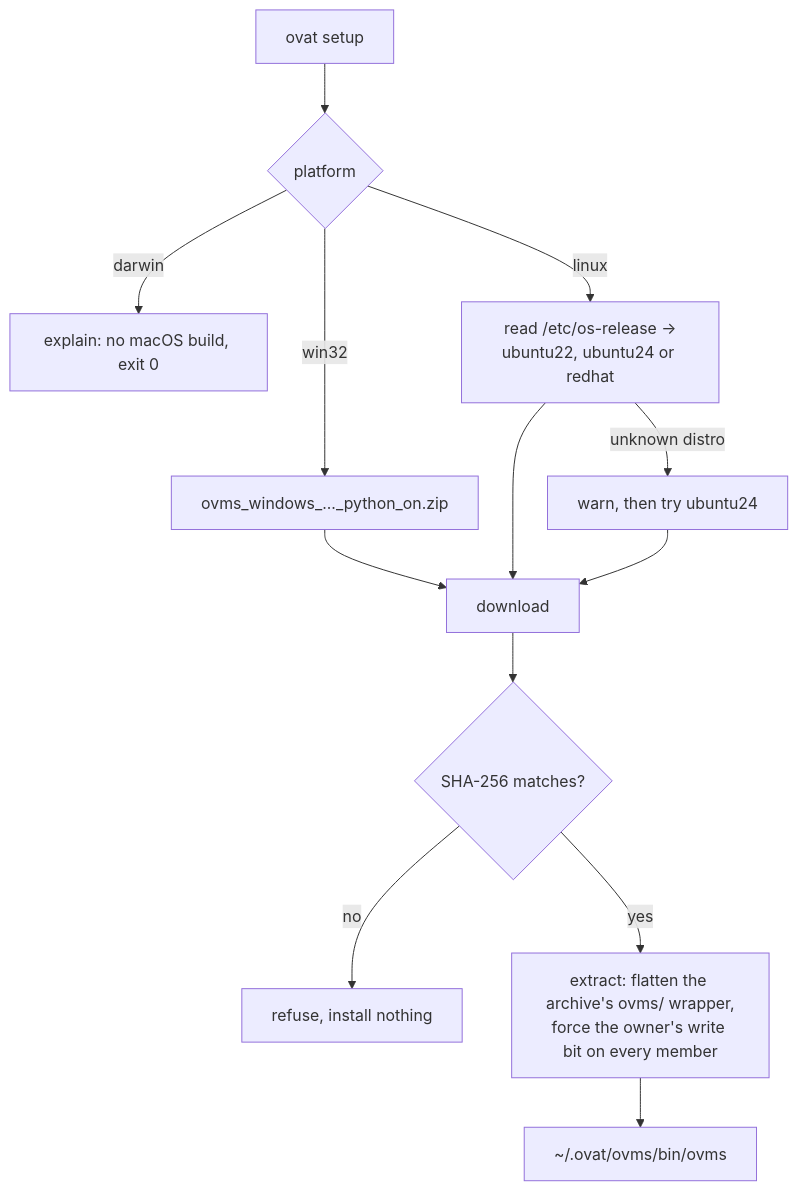
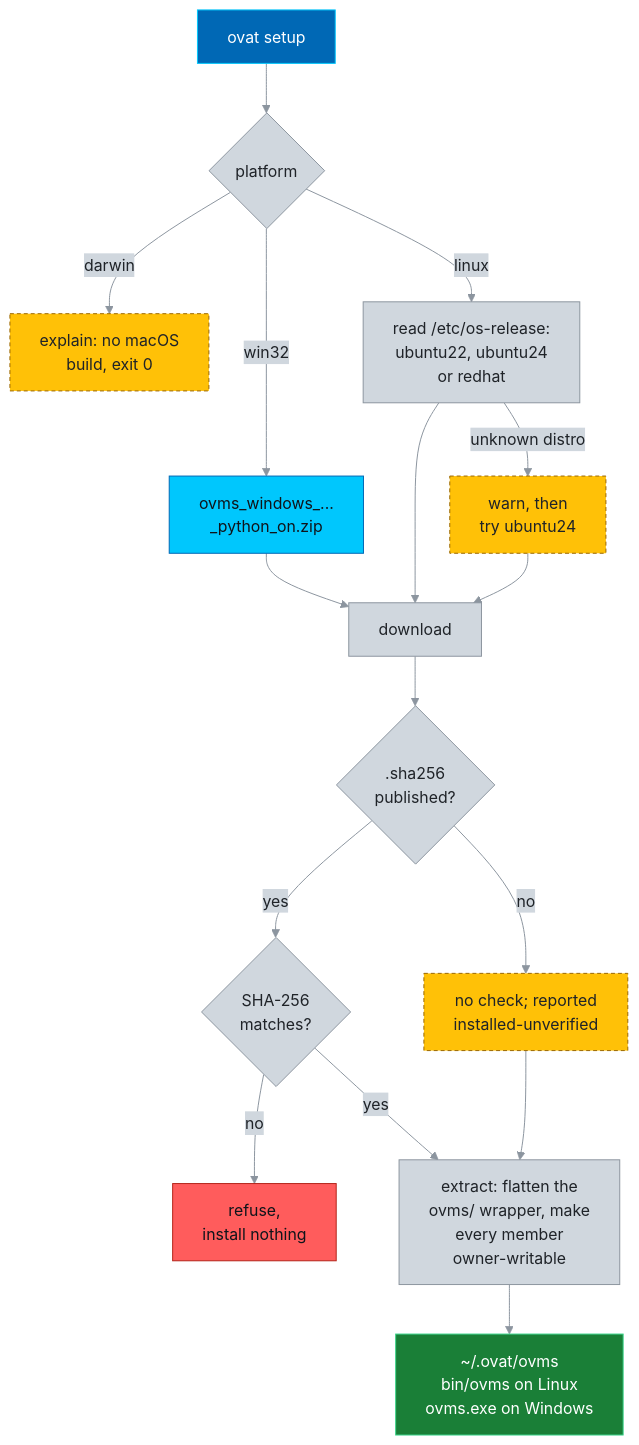
The sixth of 11 diagrams in docs/ARCHITECTURE.md (Lagmator22/ovat), drawn with Mermaid before and after one commit. The commit also changed other lines of this file and 1 other file, not shown here.

First line of the commit message:
docs: colour the Mermaid diagrams and fix labels that were cut off

````diff
--- a/docs/ARCHITECTURE.md
+++ b/docs/ARCHITECTURE.md
@@ -553,15 +610,32 @@
 ```mermaid
+%%{init: {"theme": "base", "themeVariables": {"primaryColor": "#D0D7DE", "primaryTextColor": "#1F2328", "primaryBorderColor": "#8C959F", "lineColor": "#8C959F", "textColor": "#1F2328", "edgeLabelBackground": "#D0D7DE", "clusterBkg": "transparent", "clusterBorder": "#7A8CA0", "titleColor": "#7A8CA0"}}}%%
 flowchart TD
     S["ovat setup"] --> P{"platform"}
-    P -->|darwin| M["explain: no macOS build, exit 0"]
-    P -->|win32| W["ovms_windows_..._python_on.zip"]
-    P -->|linux| L["read /etc/os-release →<br/>ubuntu22, ubuntu24 or redhat"]
-    L -->|unknown distro| WARN["warn, then try ubuntu24"]
+    P -->|darwin| M["explain: no macOS<br/>build, exit 0"]
+    P -->|win32| W["ovms_windows_...<br/>_python_on.zip"]
+    P -->|linux| L["read /etc/os-release:<br/>ubuntu22, ubuntu24<br/>or redhat"]
+    L -->|unknown distro| WARN["warn, then<br/>try ubuntu24"]
     W --> DL["download"]
     L --> DL
     WARN --> DL
-    DL --> SHA{"SHA-256 matches?"}
-    SHA -->|no| STOP["refuse, install nothing"]
-    SHA -->|yes| EX["extract: flatten the archive's ovms/ wrapper,<br/>force the owner's write bit on every member"]
-    EX --> R["~/.ovat/ovms/bin/ovms"]
+    DL --> SUM{".sha256<br/>published?"}
+    SUM -->|no| UNV["no check; reported<br/>installed-unverified"]
+    SUM -->|yes| SHA{"SHA-256<br/>matches?"}
+    SHA -->|no| STOP["refuse,<br/>install nothing"]
+    SHA -->|yes| EX["extract: flatten the<br/>ovms/ wrapper, make<br/>every member<br/>owner-writable"]
+    UNV --> EX
+    EX --> R["~/.ovat/ovms<br/>bin/ovms on Linux<br/>ovms.exe on Windows"]
+
+    classDef cli fill:#0068B5,stroke:#00C7FD,color:#FFFFFF
+    classDef backend fill:#00C7FD,stroke:#0068B5,color:#0F141A
+    classDef step fill:#D0D7DE,stroke:#8C959F,color:#1F2328
+    classDef ok fill:#1A7F37,stroke:#3DD68C,color:#FFFFFF
+    classDef fail fill:#FF5C5C,stroke:#B42318,color:#0F141A
+    classDef warn fill:#FFC107,stroke:#9A6700,color:#1F2328,stroke-dasharray:4 3
+    class S cli
+    class P,SUM,SHA,L,DL,EX step
+    class W backend
+    class M,WARN,UNV warn
+    class STOP fail
+    class R ok
 ```
````
